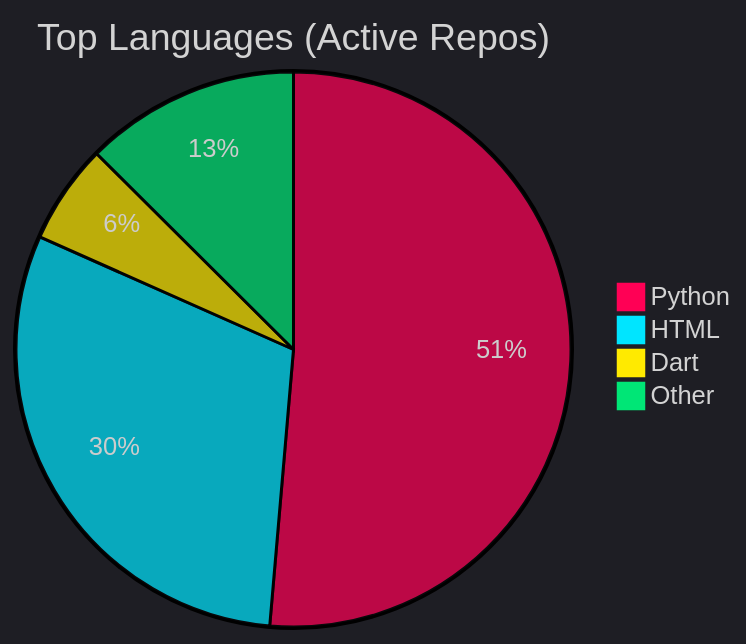
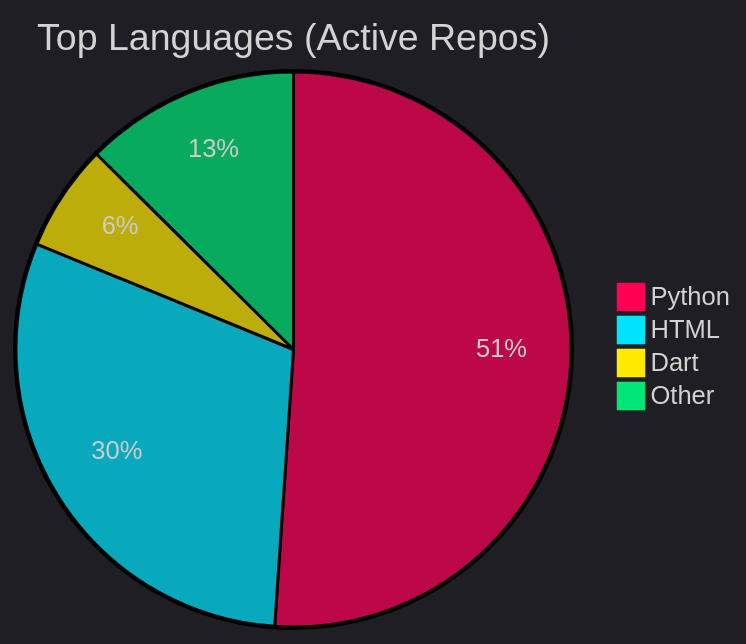
Before and after one commit to Nzettodess/Nzettodess: the diagram in README.md, drawn with Mermaid. The commit also changed other lines of this file, not shown here.

Commit message:
Update recent activity [skip ci]

````diff
--- a/README.md
+++ b/README.md
@@ -35,8 +35,8 @@
 ```mermaid
 %%{init: {'theme': 'dark', 'themeVariables': { 'pie1': '#FF0055', 'pie2': '#00E5FF', 'pie3': '#FFEA00', 'pie4': '#00E676', 'pie5': '#D500F9' }}}%%
 pie title Top Languages (Active Repos)
-    "Python" : 51.36
-    "HTML" : 30.28
-    "Dart" : 5.81
-    "Other" : 12.54
+    "Python" : 51.08
+    "HTML" : 30.12
+    "Dart" : 6.24
+    "Other" : 12.56
 ```
````
